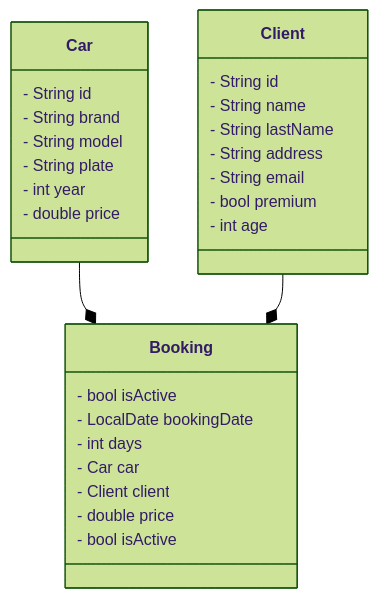
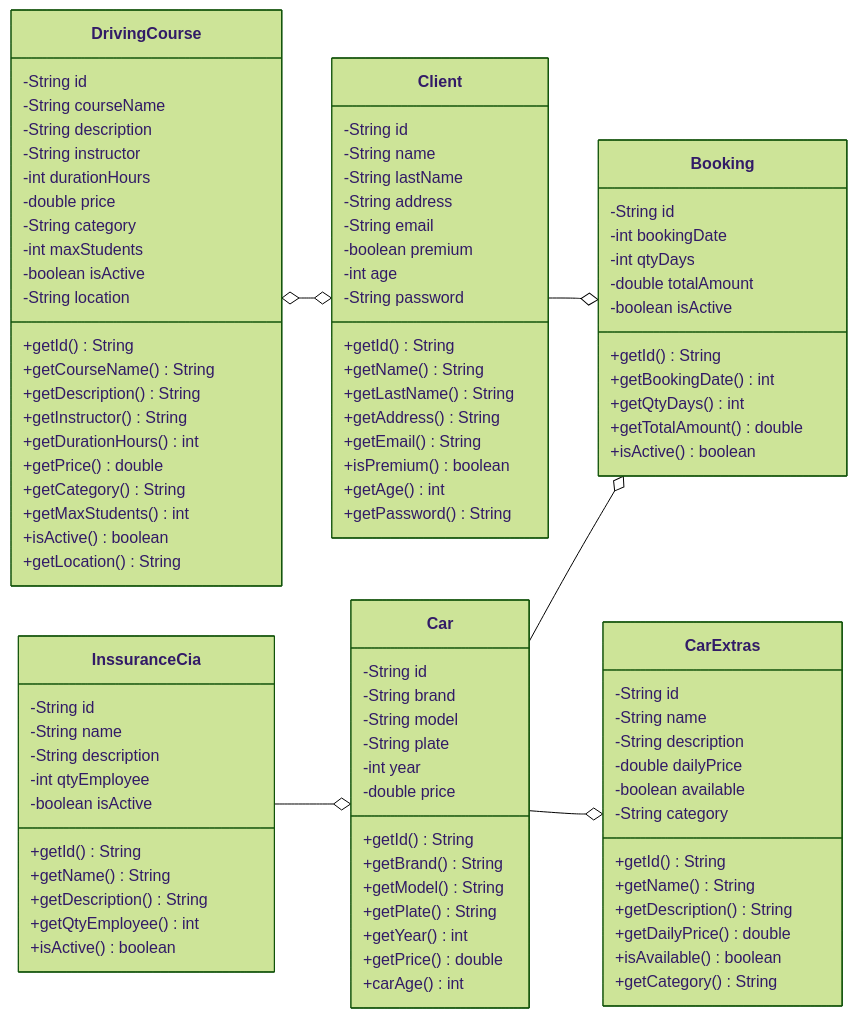
One commit to AlbertProfe/rentingCarTest changed the diagram in docs/rentingCarv2-masterDoc .md. Above: the diagram before and after it, drawn with Mermaid (forest theme). The commit also changed other lines of this file and 1 other file, not shown here.

Commit message:
docs: v2.7.2 test DrivingCourse @JoinTable and populate pseudocode

````diff
--- a/docs/rentingCarv2-masterDoc .md
+++ b/docs/rentingCarv2-masterDoc .md
@@ -581,36 +585,109 @@
 ```mermaid
 classDiagram
+    direction LR
 
-
-    class Car{
-      - String id
-      - String brand
-      - String model
-      - String plate
-      - int year
-      - double price
-    }
-    class Client{
-      - String id
-      - String name
-      - String lastName
-      - String address
-      - String email
-      - bool premium
-      - int age
-    }
-    class Booking{
-      - bool isActive
-      - LocalDate bookingDate
-      - int days
-      - Car car
-      - Client client
-      - double price
-      - bool isActive  
-
+    class Client {
+        -String id
+        -String name
+        -String lastName
+        -String address
+        -String email
+        -boolean premium
+        -int age
+        -String password
+        +getId() String
+        +getName() String
+        +getLastName() String
+        +getAddress() String
+        +getEmail() String
+        +isPremium() boolean
+        +getAge() int
+        +getPassword() String
     }
 
+    class Car {
+        -String id
+        -String brand
+        -String model
+        -String plate
+        -int year
+        -double price
+        +getId() String
+        +getBrand() String
+        +getModel() String
+        +getPlate() String
+        +getYear() int
+        +getPrice() double
+        +carAge() int
+    }
 
-    Car --* Booking
-    Client --* Booking
+    class Booking {
+        -String id
+        -int bookingDate
+        -int qtyDays
+        -double totalAmount
+        -boolean isActive
+        +getId() String
+        +getBookingDate() int
+        +getQtyDays() int
+        +getTotalAmount() double
+        +isActive() boolean
+    }
+
+    class CarExtras {
+        -String id
+        -String name
+        -String description
+        -double dailyPrice
+        -boolean available
+        -String category
+        +getId() String
+        +getName() String
+        +getDescription() String
+        +getDailyPrice() double
+        +isAvailable() boolean
+        +getCategory() String
+    }
+
+    class InssuranceCia {
+        -String id
+        -String name
+        -String description
+        -int qtyEmployee
+        -boolean isActive
+        +getId() String
+        +getName() String
+        +getDescription() String
+        +getQtyEmployee() int
+        +isActive() boolean
+    }
+
+    class DrivingCourse {
+        -String id
+        -String courseName
+        -String description
+        -String instructor
+        -int durationHours
+        -double price
+        -String category
+        -int maxStudents
+        -boolean isActive
+        -String location
+        +getId() String
+        +getCourseName() String
+        +getDescription() String
+        +getInstructor() String
+        +getDurationHours() int
+        +getPrice() double
+        +getCategory() String
+        +getMaxStudents() int
+        +isActive() boolean
+        +getLocation() String
+    }
+
+    Client --o Booking
+    Car --o Booking
+    Car --o CarExtras
+    InssuranceCia --o Car
+    DrivingCourse o--o Client
 ```
````
